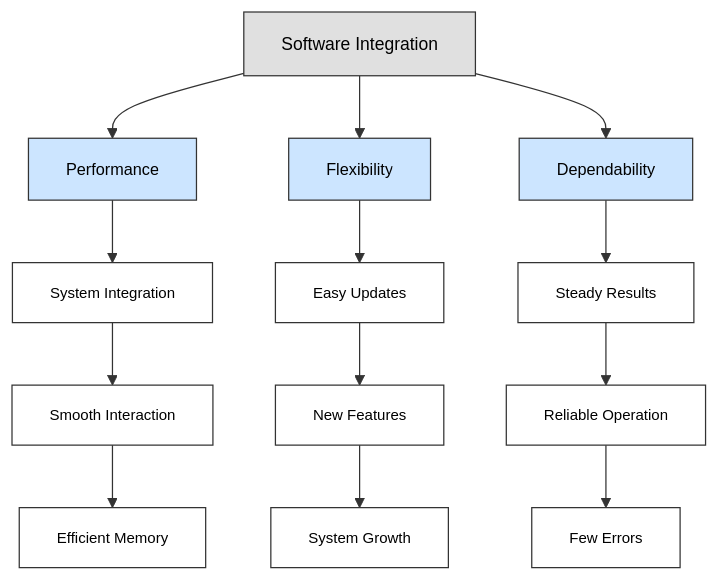
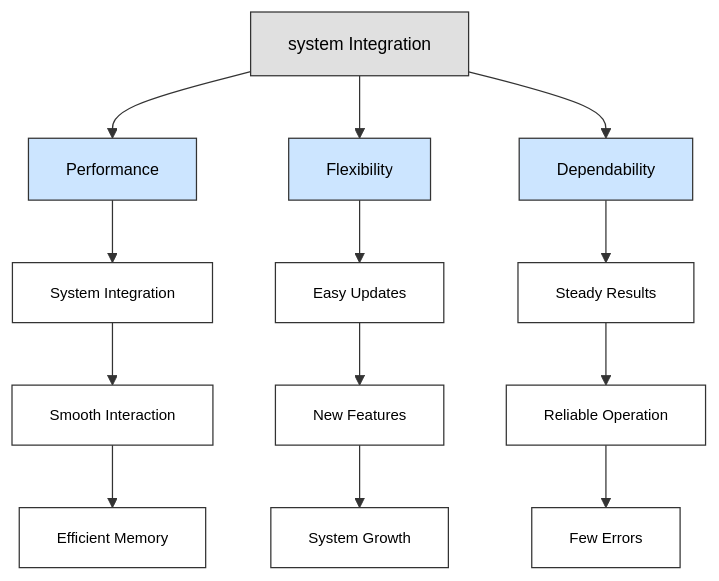
Before and after one commit to MMSAutonomousTeam/Autonomous-Sessions: the first of 2 diagrams in 6.Integration/integration.md, drawn with Mermaid. The commit also changed other lines of this file and 15 other files, not shown here.

````diff
--- a/6.Integration/integration.md
+++ b/6.Integration/integration.md
@@ -70,29 +161,29 @@
 ```mermaid
 graph TD;
-    A[Software Integration ] 
+    A[system Integration ] 
     A --> B[Performance]
     A --> C[Flexibility]
     A --> D[Dependability]
   
     B --> E[System Integration]
     E --> F[Smooth Interaction]
     F --> G[Efficient Memory]
 
     C --> H[Easy Updates]
     H --> I[New Features]
     I --> J[System Growth]
 
     D --> K[Steady Results]
     K --> L[Reliable Operation]
     L --> M[Few Errors]
 
  
     classDef centralNode fill:#e0e0e0,stroke:#333,stroke-width:1px,font-size:14px,color:#000;
     classDef branchNode fill:#cce5ff,stroke:#333,stroke-width:1px,font-size:13px,color:#000;
     classDef detailNode fill:#fff,stroke:#333,stroke-width:1px,font-size:12px,color:#000;
 
     class A centralNode;
     class B,C,D branchNode;
     class E,H,K detailNode;
     class F,G,I,J,L,M detailNode;
 ```
````
